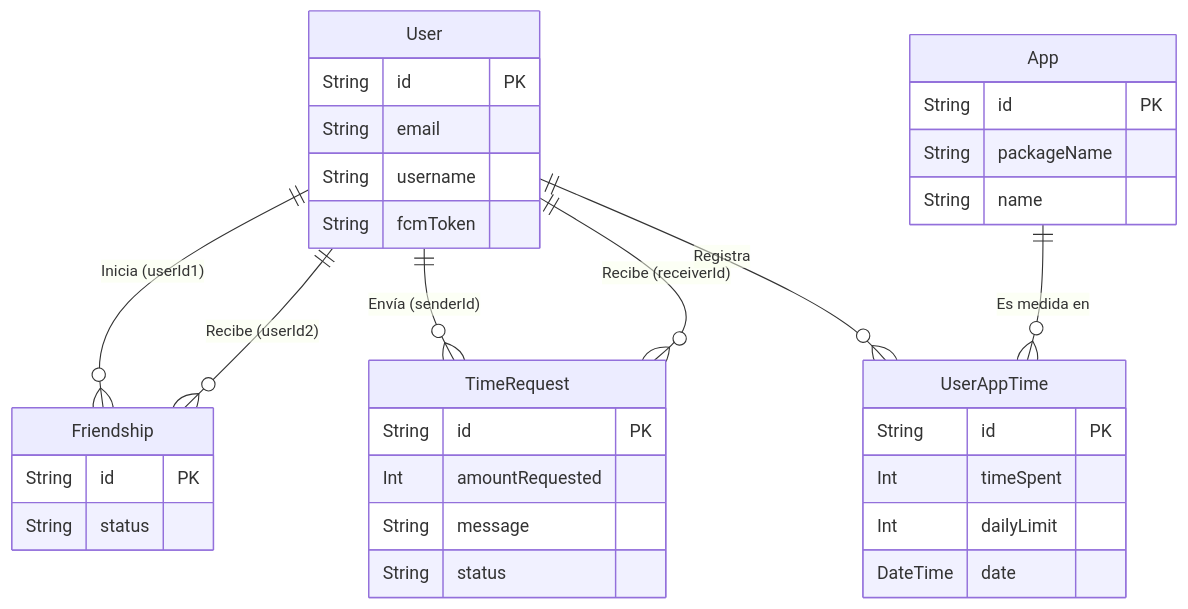
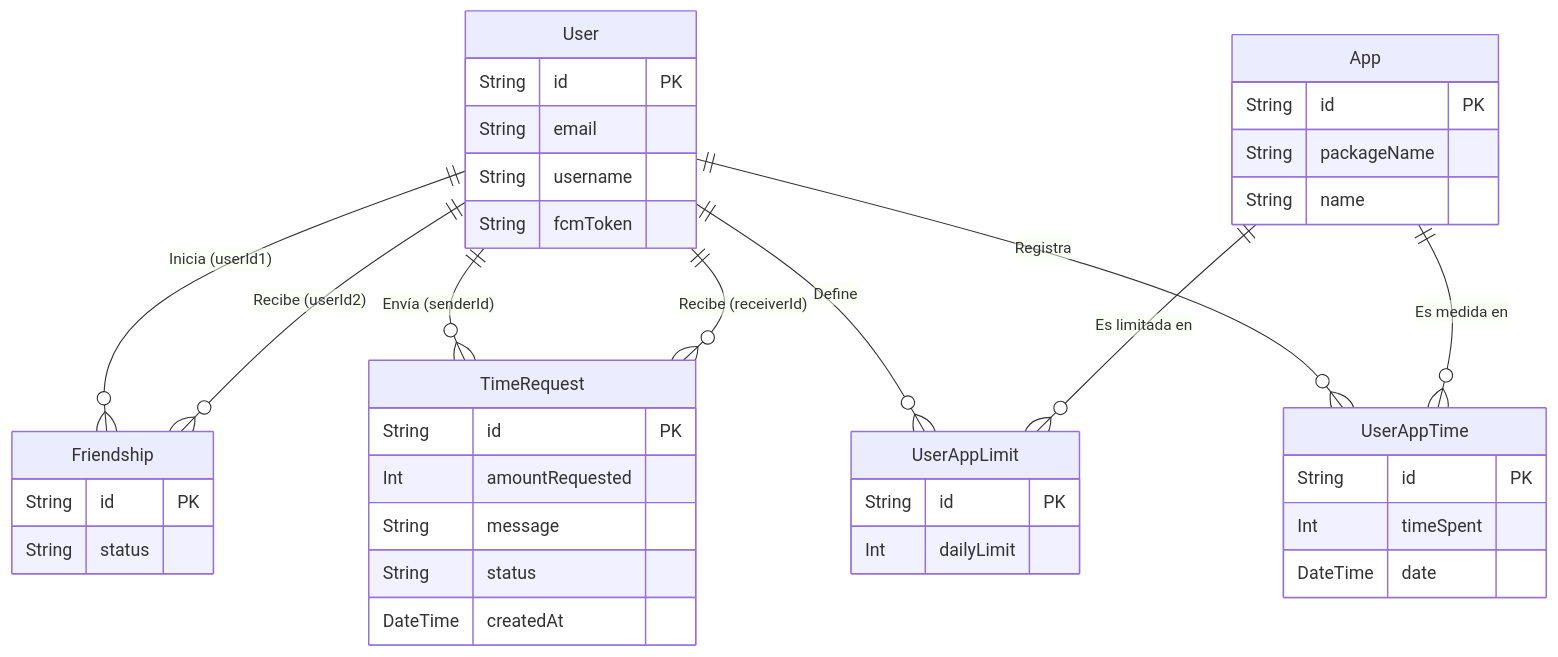
Before and after one commit to ivanmacieldxz/truce-app-backend: the diagram in docs/DATA_MODEL.md, drawn with Mermaid. The commit also changed other lines of this file and 2 other files, not shown here.

Commit message:
feat: split UserAppTime into Time and Limit, add createdAt to TimeRequest

````diff
--- a/docs/DATA_MODEL.md
+++ b/docs/DATA_MODEL.md
@@ -63,37 +73,43 @@
 ```mermaid
 erDiagram
     User ||--o{ Friendship : "Inicia (userId1)"
     User ||--o{ Friendship : "Recibe (userId2)"
     User ||--o{ TimeRequest : "Envía (senderId)"
     User ||--o{ TimeRequest : "Recibe (receiverId)"
+    User ||--o{ UserAppLimit : "Define"
     User ||--o{ UserAppTime : "Registra"
+    App ||--o{ UserAppLimit : "Es limitada en"
     App ||--o{ UserAppTime : "Es medida en"
 
     User {
         String id PK
         String email
         String username
         String fcmToken
     }
     Friendship {
         String id PK
         String status
     }
     TimeRequest {
         String id PK
         Int amountRequested
         String message
         String status
+        DateTime createdAt
     }
     App {
         String id PK
         String packageName
         String name
     }
+    UserAppLimit {
+        String id PK
+        Int dailyLimit
+    }
     UserAppTime {
         String id PK
         Int timeSpent
-        Int dailyLimit
         DateTime date
     }
 ```
````
